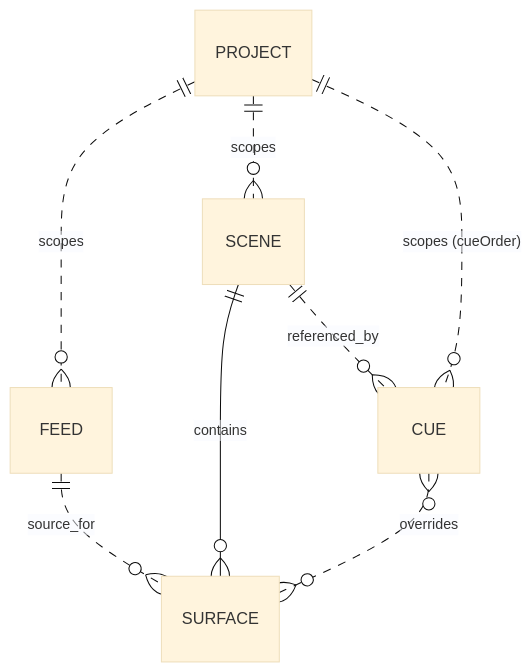
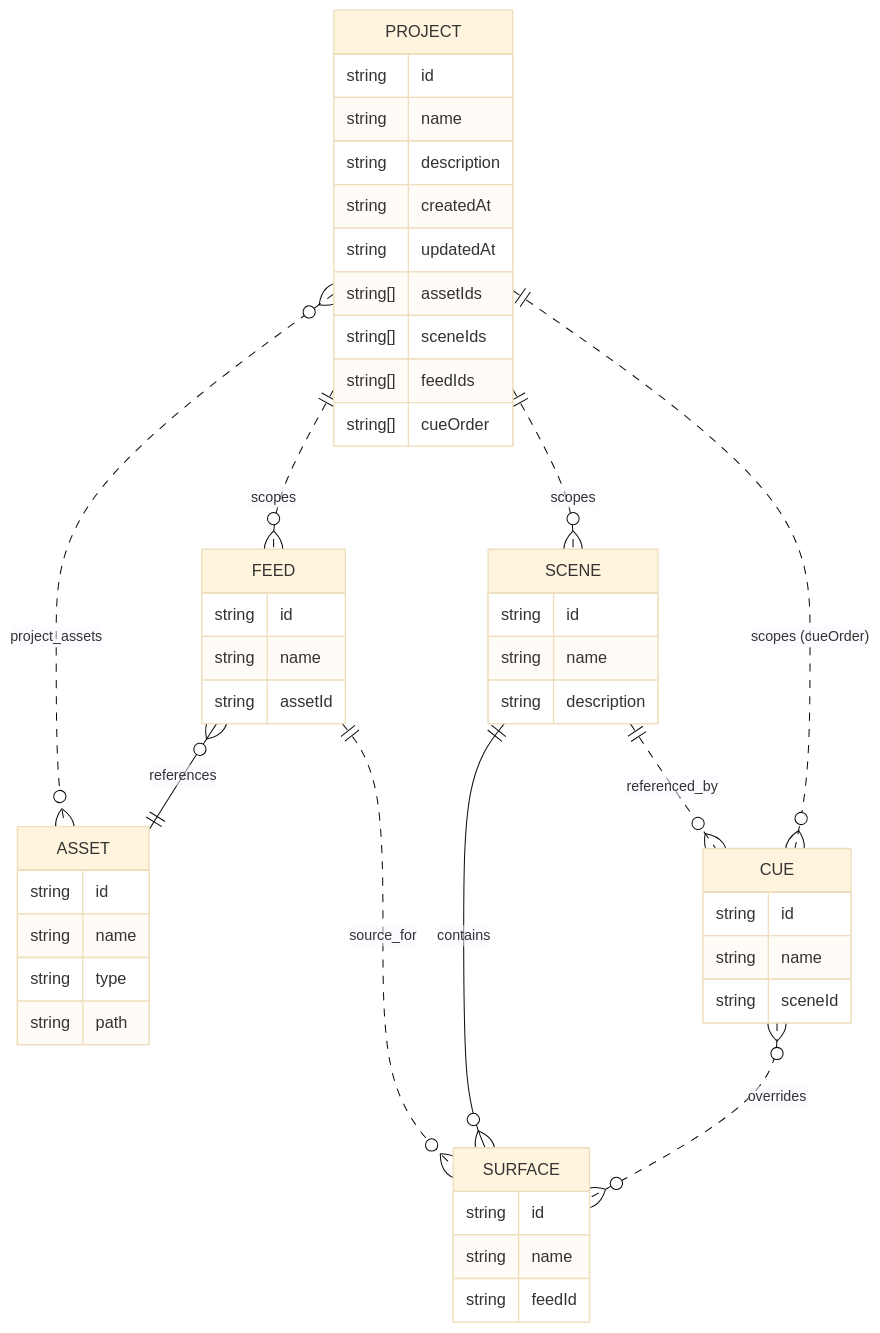
Before and after one commit to aweijnitz/lumi-mapper: the diagram in README.md, drawn with Mermaid (base theme). The commit also changed other lines of this file and 75 other files, not shown here.

Commit message:
Refactors datamodel. Focus on projects with a cue list of scenes to switch between. Sharable feeds and assets between scenes

````diff
--- a/README.md
+++ b/README.md
@@ -81,10 +84,49 @@
 ```mermaid
 erDiagram
+  PROJECT {
+    string id
+    string name
+    string description
+    string createdAt
+    string updatedAt
+    string[] assetIds
+    string[] sceneIds
+    string[] feedIds
+    string[] cueOrder
+  }
+  ASSET {
+    string id
+    string name
+    string type
+    string path
+  }
+  FEED {
+    string id
+    string name
+    string assetId
+  }
+  SCENE {
+    string id
+    string name
+    string description
+  }
+  SURFACE {
+    string id
+    string name
+    string feedId
+  }
+  CUE {
+    string id
+    string name
+    string sceneId
+  }
+  PROJECT }o..o{ ASSET : "project_assets"
   PROJECT ||..o{ FEED : "scopes"
   PROJECT ||..o{ SCENE : "scopes"
   PROJECT ||..o{ CUE : "scopes (cueOrder)"
+  FEED }o--|| ASSET : "references"
   SCENE ||--o{ SURFACE : "contains"
   FEED ||..o{ SURFACE : "source_for"
   SCENE ||..o{ CUE : "referenced_by"
   CUE }o..o{ SURFACE : "overrides"
 ```
````
